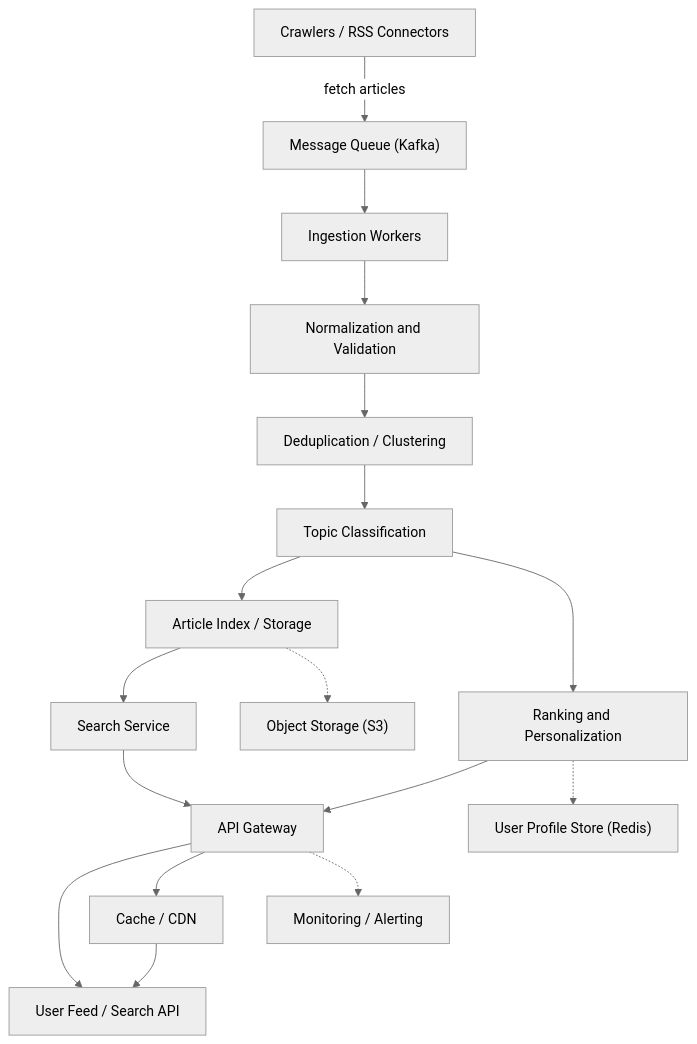
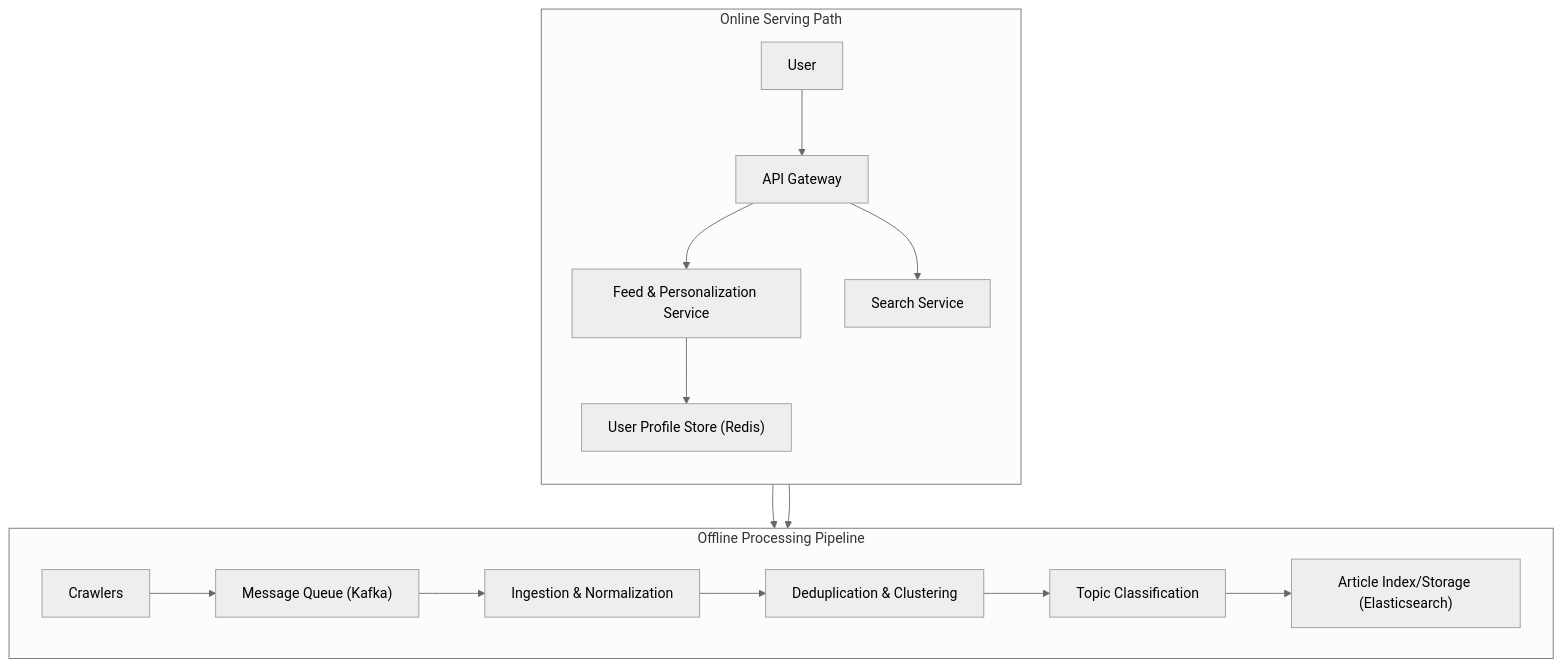
The diagram in docs/google-news-system-design.md (SathishkumarAndavar/system-design), drawn with Mermaid (neutral theme) before and after one commit. The commit also changed 4 other files, not shown here.

````diff
--- a/docs/google-news-system-design.md
+++ b/docs/google-news-system-design.md
@@ -49,19 +49,21 @@
 ```mermaid
-graph TD
-  A["Crawlers / RSS Connectors"] -->|fetch articles| B["Message Queue (Kafka)"]
-  B --> C["Ingestion Workers"]
-  C --> D["Normalization and Validation"]
-  D --> E["Deduplication / Clustering"]
-  E --> F["Topic Classification"]
-  F --> G["Article Index / Storage"]
-  F --> H["Ranking and Personalization"]
-  G --> I["Search Service"]
-  H --> J["API Gateway"]
-  I --> J
-  J --> K["User Feed / Search API"]
-  J --> L["Cache / CDN"]
-  G -.-> M["Object Storage (S3)"]
-  H -.-> N["User Profile Store (Redis)"]
-  J -.-> O["Monitoring / Alerting"]
-  L --> K
+graph TD;
+    subgraph "Offline Processing Pipeline"
+        direction LR
+        Crawlers --> Kafka["Message Queue (Kafka)"];
+        Kafka --> Ingestion["Ingestion & Normalization"];
+        Ingestion --> Deduplication["Deduplication & Clustering"];
+        Deduplication --> Classification["Topic Classification"];
+        Classification --> ArticleStore["Article Index/Storage (Elasticsearch)"];
+    end
+
+    subgraph "Online Serving Path"
+        direction TD
+        User --> APIGateway["API Gateway"];
+        APIGateway --> FeedService["Feed & Personalization Service"];
+        FeedService --> UserProfile["User Profile Store (Redis)"];
+        FeedService --> ArticleStore;
+        APIGateway --> SearchService["Search Service"];
+        SearchService --> ArticleStore;
+    end
 ```
````
